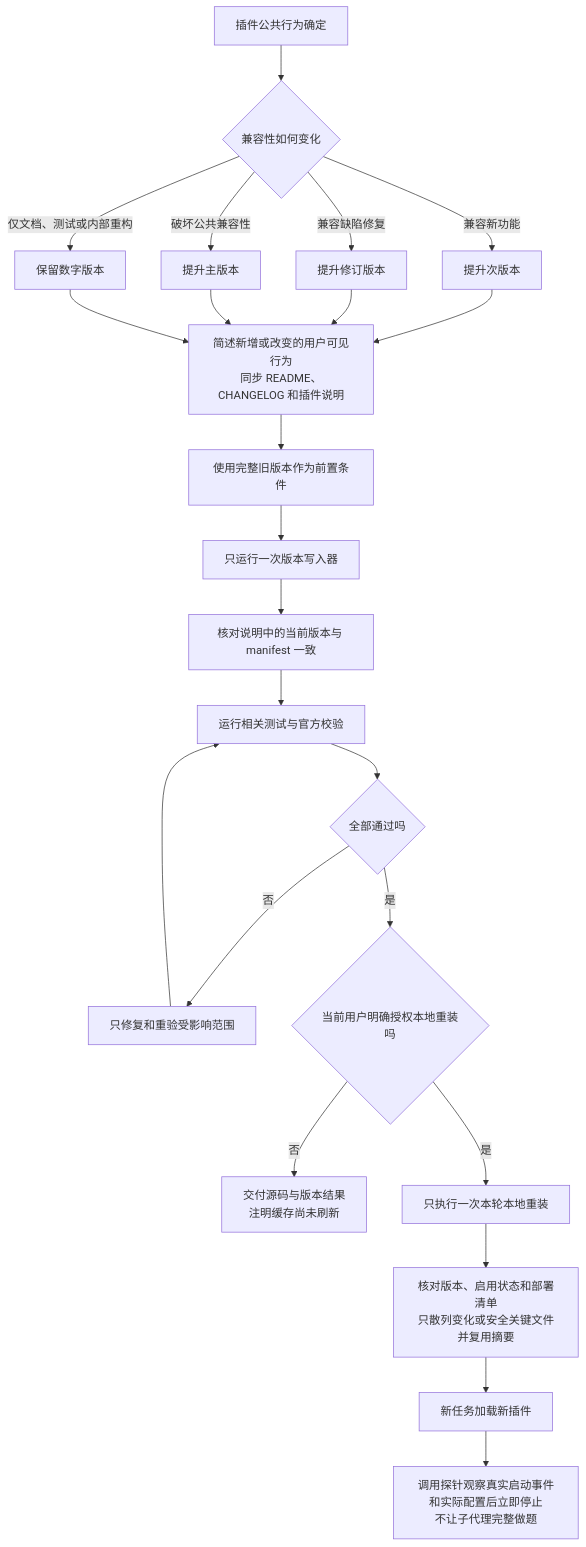
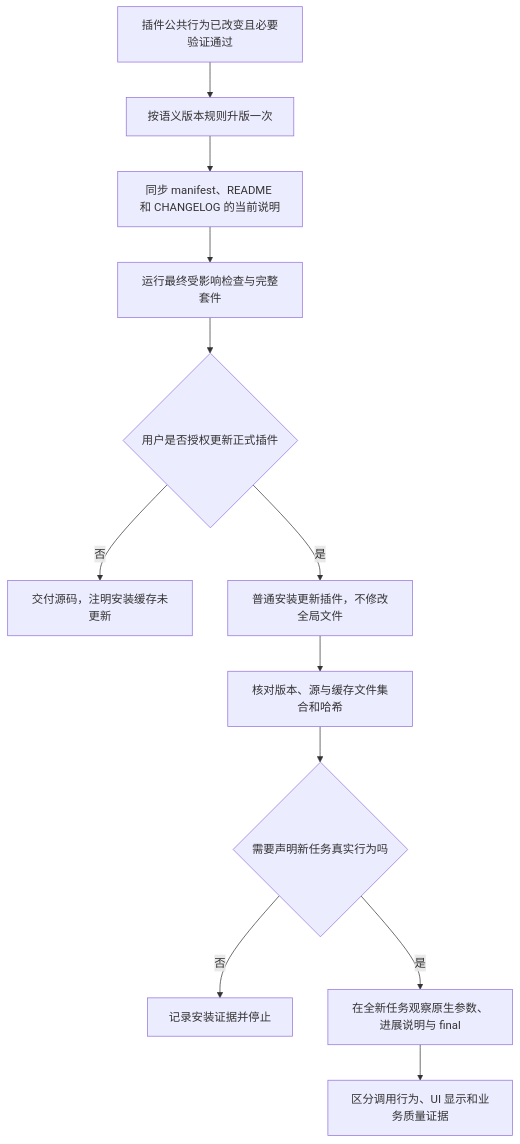
Before and after one commit to Lang45/codex-lean-stack: diagram 17 of 17 in skills/lean-stack/references/flowcharts-zh.md, drawn with Mermaid. The commit also changed other lines of this file and 26 other files, not shown here.

````diff
--- a/skills/lean-stack/references/flowcharts-zh.md
+++ b/skills/lean-stack/references/flowcharts-zh.md
@@ -712,25 +358,14 @@
 ```mermaid
 flowchart TD
-    A[插件公共行为确定] --> B{兼容性如何变化}
-    B -->|兼容新功能| C[提升次版本]
-    B -->|兼容缺陷修复| D[提升修订版本]
-    B -->|破坏公共兼容性| E[提升主版本]
-    B -->|仅文档、测试或内部重构| F[保留数字版本]
-    C --> G0[简述新增或改变的用户可见行为<br/>同步 README、CHANGELOG 和插件说明]
-    D --> G0
-    E --> G0
-    F --> G0
-    G0 --> G[使用完整旧版本作为前置条件]
-    G --> H[只运行一次版本写入器]
-    H --> H1[核对说明中的当前版本与 manifest 一致]
-    H1 --> I[运行相关测试与官方校验]
-    I --> J{全部通过吗}
-    J -->|否| K[只修复和重验受影响范围]
-    K --> I
-    J -->|是| L0{当前用户明确授权本地重装吗}
-    L0 -->|否| L1[交付源码与版本结果<br/>注明缓存尚未刷新]
-    L0 -->|是| L[只执行一次本轮本地重装]
-    L --> M[核对版本、启用状态和部署清单<br/>只散列变化或安全关键文件并复用摘要]
-    M --> N[新任务加载新插件]
-    N --> O[调用探针观察真实启动事件和实际配置后立即停止<br/>不让子代理完整做题]
+    A[插件公共行为已改变且必要验证通过] --> B[按语义版本规则升版一次]
+    B --> C[同步 manifest、README 和 CHANGELOG 的当前说明]
+    C --> D[运行最终受影响检查与完整套件]
+    D --> E{用户是否授权更新正式插件}
+    E -->|否| F[交付源码，注明安装缓存未更新]
+    E -->|是| G[普通安装更新插件，不修改全局文件]
+    G --> H[核对版本、源与缓存文件集合和哈希]
+    H --> I{需要声明新任务真实行为吗}
+    I -->|否| J[记录安装证据并停止]
+    I -->|是| K[在全新任务观察原生参数、进展说明与 final]
+    K --> L[区分调用行为、UI 显示和业务质量证据]
 ```
````
